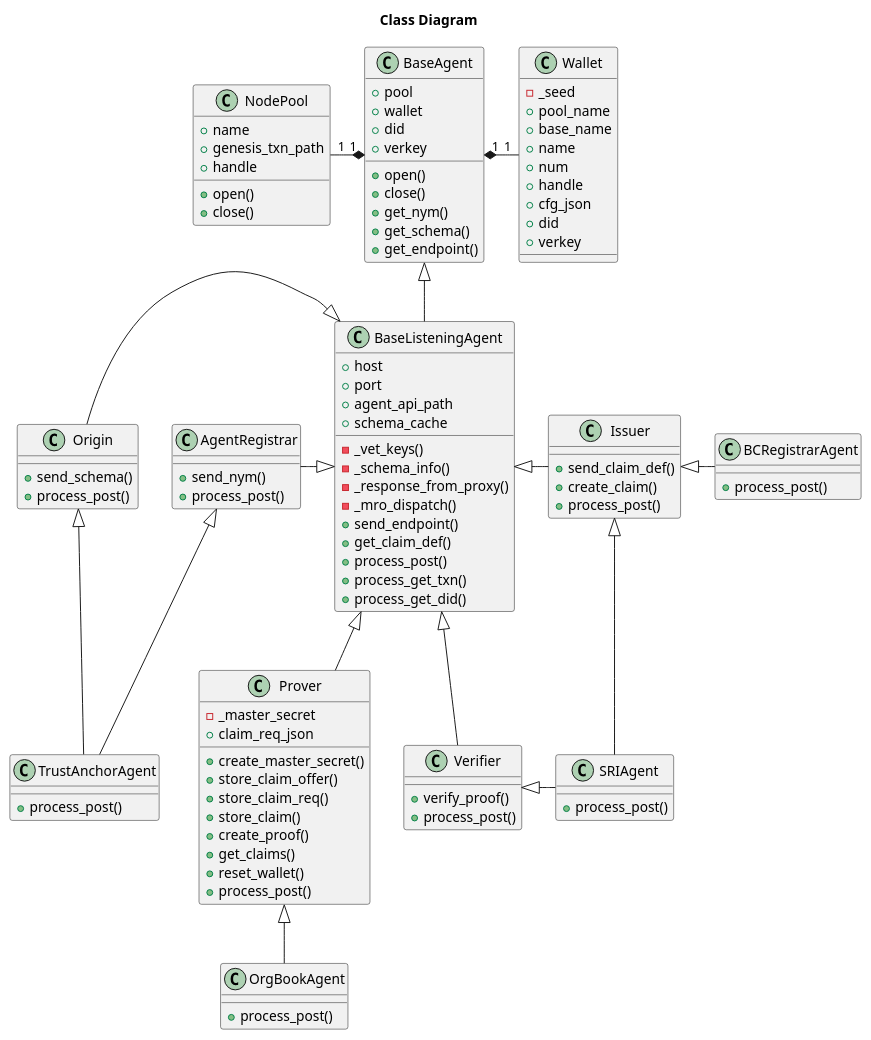
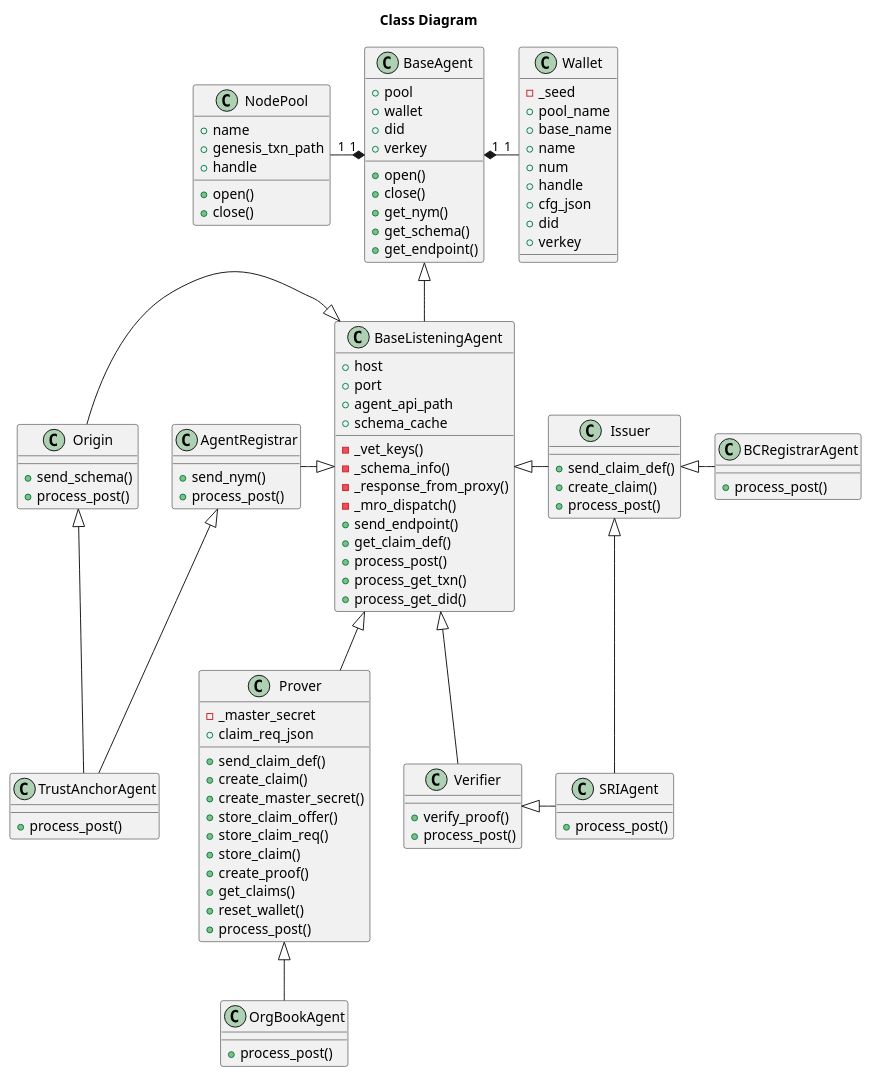
Before and after one commit to PSPC-SPAC-buyandsell/demo-agent: the diagram in doc/pic/src/class.puml, drawn with PlantUML. The commit also changed 35 other files, not shown here.

```diff
--- a/doc/pic/src/class.puml
+++ b/doc/pic/src/class.puml
@@ -1,123 +1,140 @@
 @startuml
+/'
+Copyright 2017 Government of Canada - Public Services and Procurement Canada - buyandsell.gc.ca
+
+Licensed under the Apache License, Version 2.0 (the "License");
+you may not use this file except in compliance with the License.
+You may obtain a copy of the License at
+
+http://www.apache.org/licenses/LICENSE-2.0
+
+Unless required by applicable law or agreed to in writing, software
+distributed under the License is distributed on an "AS IS" BASIS,
+WITHOUT WARRANTIES OR CONDITIONS OF ANY KIND, either express or implied.
+See the License for the specific language governing permissions and
+limitations under the License.
+'/
 
 title Class Diagram
 
 class Wallet {
     -_seed
     +pool_name
     +base_name
     +name
     +num
     +handle
     +cfg_json
     +did
     +verkey
 }
 
 class NodePool {
     +name
     +genesis_txn_path
     +handle
     +open()
     +close()
 }
 
 class BaseAgent {
     +pool
     +wallet
     +did
     +verkey
     +open()
     +close()
     +get_nym()
     +get_schema()
     +get_endpoint()
 }
 
 class BaseListeningAgent {
     +host
     +port
     +agent_api_path
     +schema_cache
     -_vet_keys()
     -_schema_info()
     -_response_from_proxy()
     -_mro_dispatch()
     +send_endpoint()
     +get_claim_def()
     +process_post()
     +process_get_txn()
     +process_get_did()
 }
 
 class AgentRegistrar {
     +send_nym()
     +process_post()
 }
 
 class Origin {
     +send_schema()
     +process_post()
 }
 
 class Issuer {
     +send_claim_def()
     +create_claim()
     +process_post()
 }
 
 class Prover {
     -_master_secret
     +claim_req_json
+    +send_claim_def()
+    +create_claim()
     +create_master_secret()
     +store_claim_offer()
     +store_claim_req()
     +store_claim()
     +create_proof()
     +get_claims()
     +reset_wallet()
     +process_post()
 }
 
 class Verifier {
     +verify_proof()
     +process_post()
 }
 
 class TrustAnchorAgent {
     +process_post()
 }
 
 class SRIAgent {
     +process_post()
 }
 
 class BCRegistrarAgent {
     +process_post()
 }
 
 class OrgBookAgent {
     +process_post()
 }
 
 BaseAgent "1" *-left- "1" NodePool
 BaseAgent "1" *-right- "1" Wallet
 
 BaseAgent <|-down- BaseListeningAgent
 BaseListeningAgent <|-left- AgentRegistrar
 BaseListeningAgent <|-left- Origin
 BaseListeningAgent <|-right- Issuer
 BaseListeningAgent <|-down- Prover
 BaseListeningAgent <|-down- Verifier
 
 AgentRegistrar <|-down- TrustAnchorAgent
 Origin <|-down- TrustAnchorAgent
 
 Issuer <|-right- SRIAgent
 Verifier <|-right- SRIAgent
 
 Issuer <|- BCRegistrarAgent
 
 Prover <|-down- OrgBookAgent
 
 @enduml
```
